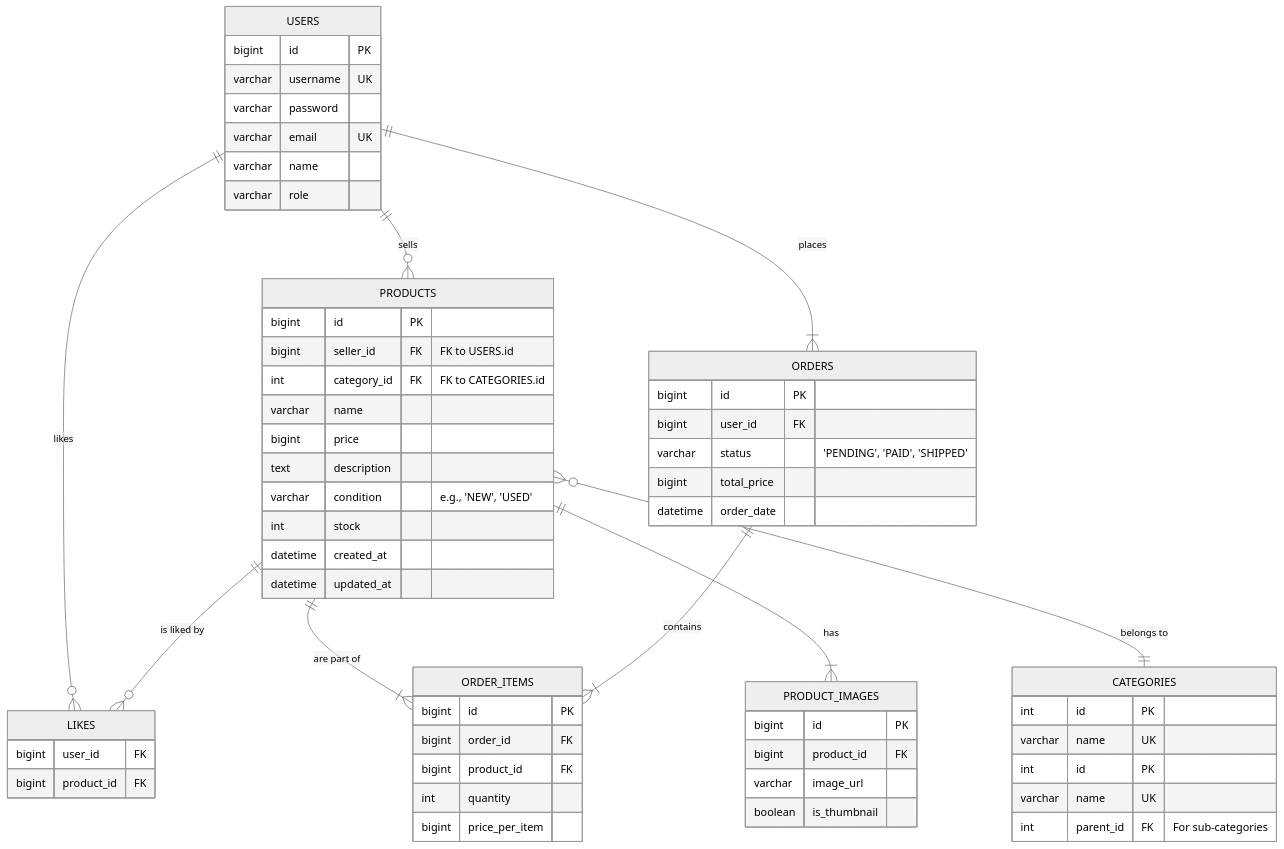
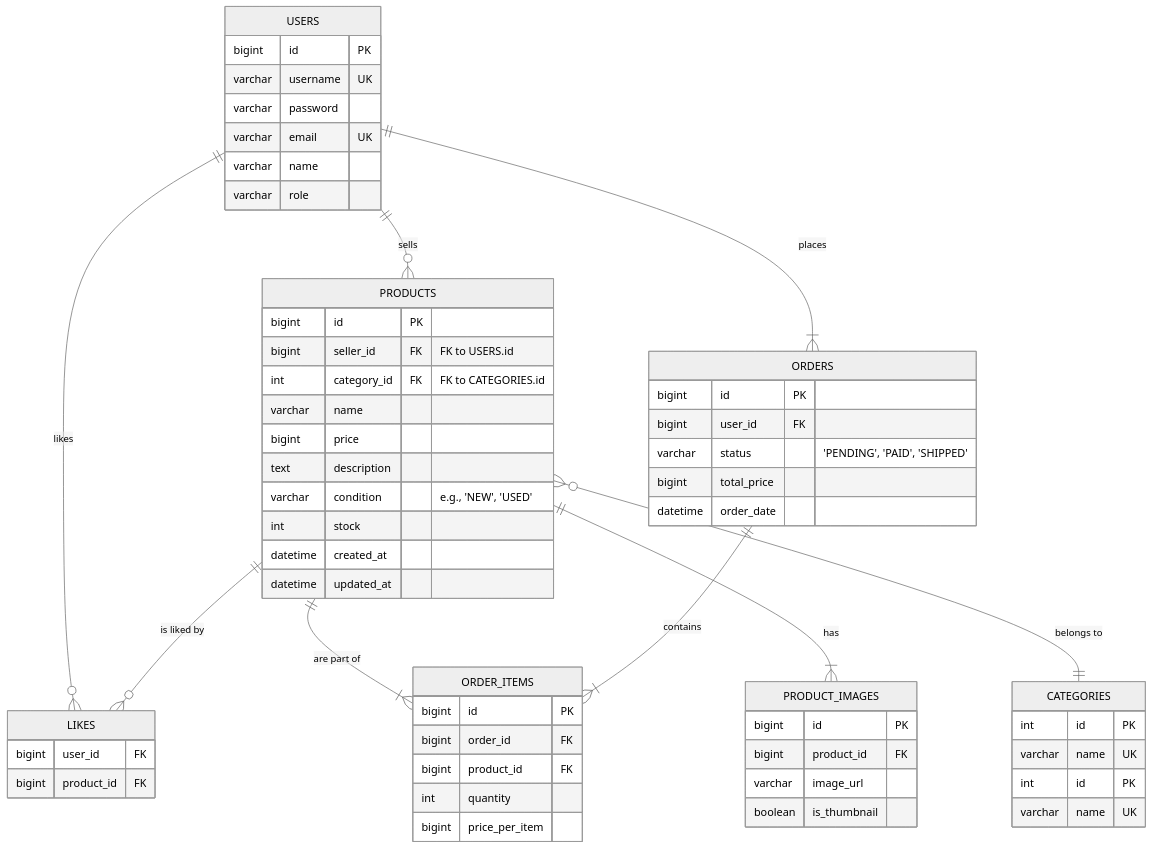
One commit to JeiYoungByun/coretrader changed the diagram in README.md. Above: the diagram before and after it, drawn with Mermaid (neutral theme).

````diff
--- a/README.md
+++ b/README.md
@@ -5,71 +5,70 @@
 ```mermaid
 erDiagram
     USERS ||--o{ PRODUCTS : "sells"
     USERS ||--|{ ORDERS : "places"
     USERS ||--o{ LIKES : "likes"
     PRODUCTS ||--o{ LIKES : "is liked by"
     PRODUCTS ||--|{ ORDER_ITEMS : "are part of"
     PRODUCTS ||--|{ PRODUCT_IMAGES : "has"
     CATEGORIES {
         int id PK
         varchar name UK
     }
     PRODUCTS }o--|| CATEGORIES : "belongs to"
     ORDERS ||--|{ ORDER_ITEMS : "contains"
 
     USERS {
         bigint id PK
         varchar username UK
         varchar password
         varchar email UK
         varchar name
         varchar role
     }
 
     CATEGORIES {
         int id PK
         varchar name UK
-        int parent_id FK "For sub-categories"
     }
 
     PRODUCTS {
         bigint id PK
         bigint seller_id FK "FK to USERS.id"
         int category_id FK "FK to CATEGORIES.id"
         varchar name
         bigint price
         text description
         varchar condition "e.g., 'NEW', 'USED'"
         int stock
         datetime created_at
         datetime updated_at
     }
 
     PRODUCT_IMAGES {
         bigint id PK
         bigint product_id FK
         varchar image_url
         boolean is_thumbnail
     }
 
     ORDERS {
         bigint id PK
         bigint user_id FK
         varchar status "'PENDING', 'PAID', 'SHIPPED'"
         bigint total_price
         datetime order_date
     }
 
     ORDER_ITEMS {
         bigint id PK
         bigint order_id FK
         bigint product_id FK
         int quantity
         bigint price_per_item
     }
 
     LIKES {
         bigint user_id FK
         bigint product_id FK
     }
 ```
````
